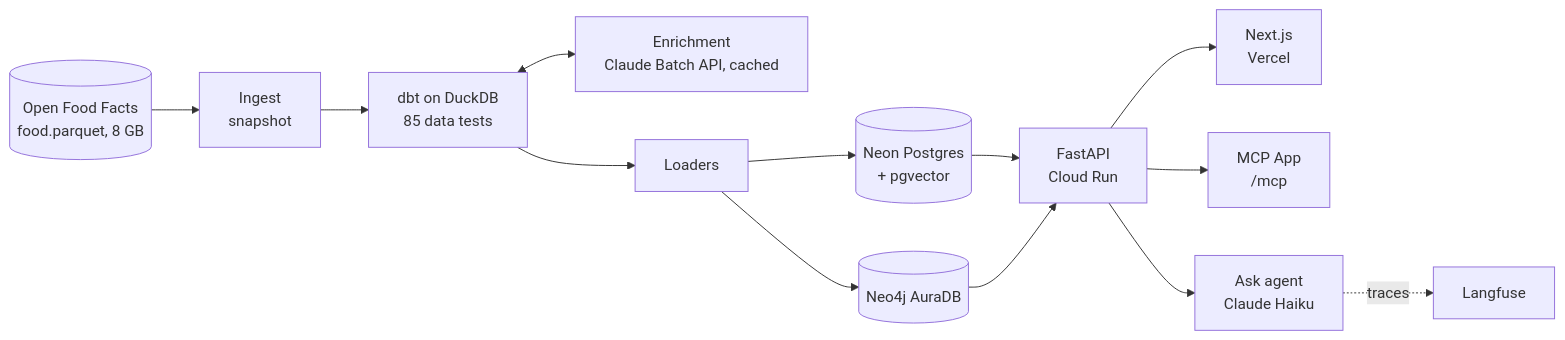
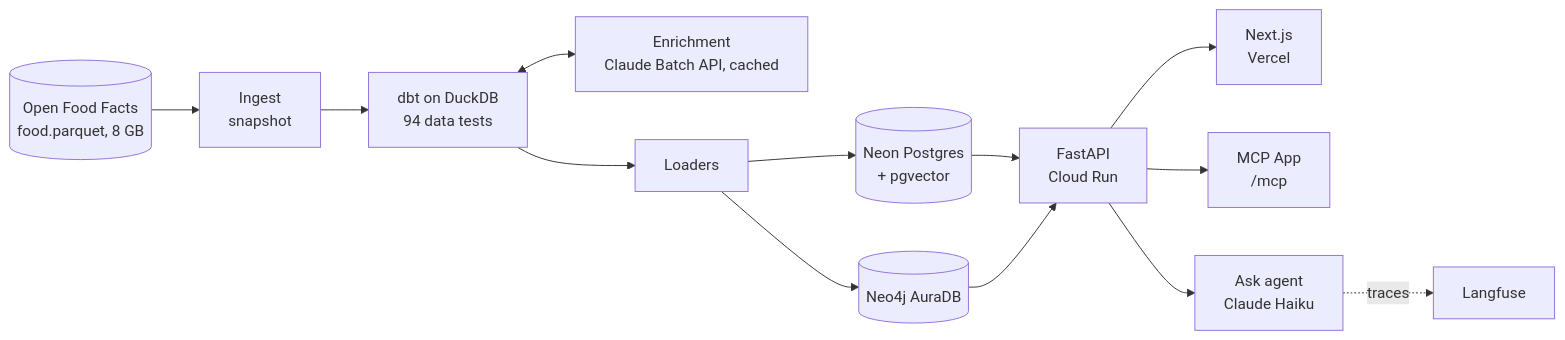
Before and after one commit to adikan2k/labellens: the diagram in README.md, drawn with Mermaid. The commit also changed other lines of this file and 26 other files, not shown here.

````diff
--- a/README.md
+++ b/README.md
@@ -103,15 +103,15 @@
 ```mermaid
 flowchart LR
     OFF[("Open Food Facts<br/>food.parquet, 8 GB")] --> ING["Ingest<br/>snapshot"]
-    ING --> DBT["dbt on DuckDB<br/>85 data tests"]
+    ING --> DBT["dbt on DuckDB<br/>94 data tests"]
     DBT <--> ENR["Enrichment<br/>Claude Batch API, cached"]
     DBT --> LOAD["Loaders"]
     LOAD --> PG[("Neon Postgres<br/>+ pgvector")]
     LOAD --> NEO[("Neo4j AuraDB")]
     PG --> API["FastAPI<br/>Cloud Run"]
     NEO --> API
     API --> WEB["Next.js<br/>Vercel"]
     API --> MCP["MCP App<br/>/mcp"]
     API --> ASK["Ask agent<br/>Claude Haiku"]
     ASK -.traces.-> LF["Langfuse"]
 ```
````
